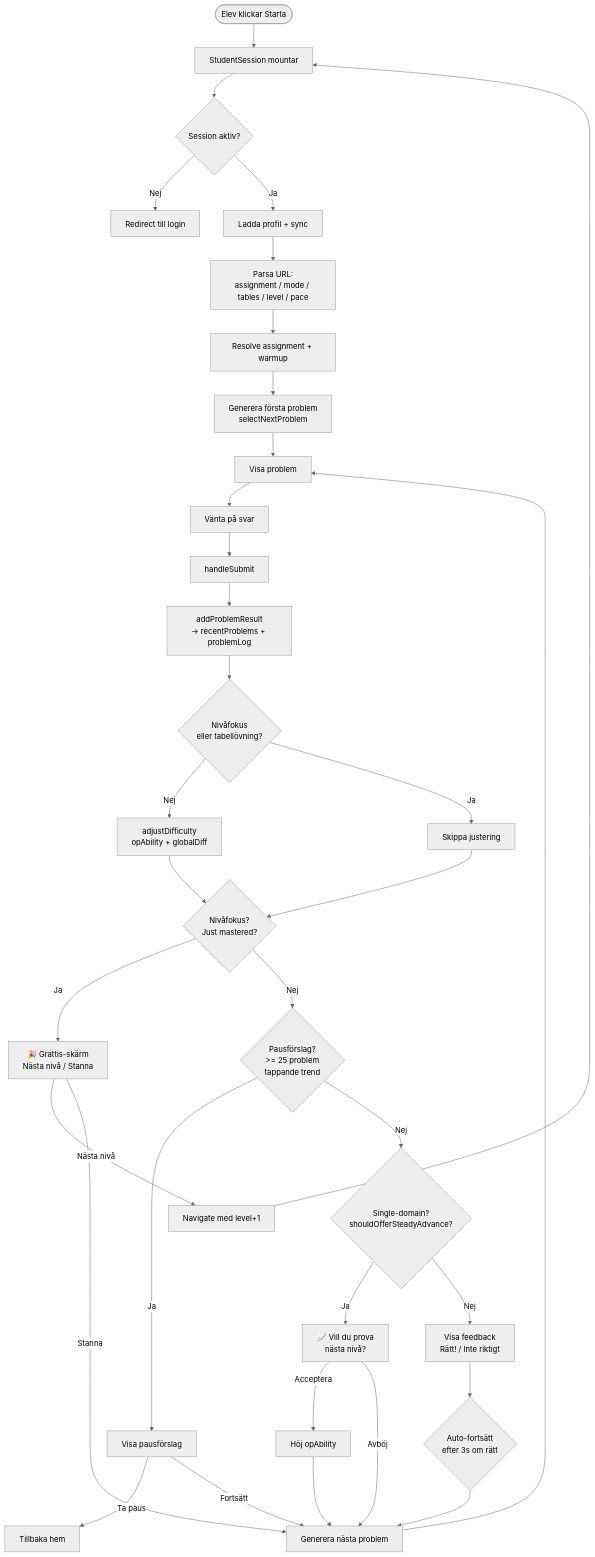
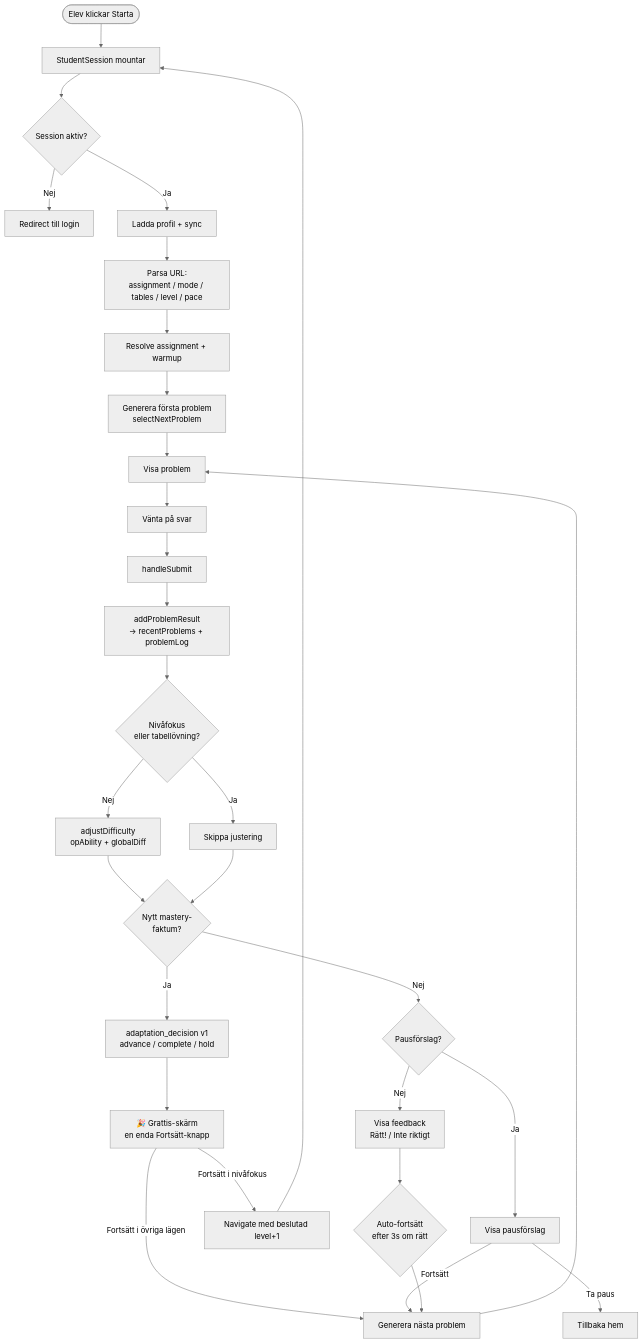
One commit to ximonse/sequential_math changed diagram 11 of 13 in docs/data-flow.md. Above: the diagram before and after it, drawn with Mermaid (neutral theme). The commit also changed other lines of this file and 28 other files, not shown here.

````diff
--- a/docs/data-flow.md
+++ b/docs/data-flow.md
@@ -498,42 +498,38 @@
 ```mermaid
 flowchart TD
     Click([Elev klickar Starta]) --> Mount[StudentSession mountar]
     Mount --> Auth{Session aktiv?}
     Auth -->|Nej| Redirect[Redirect till login]
     Auth -->|Ja| Load[Ladda profil + sync]
     Load --> ParseParams[Parsa URL:<br/>assignment / mode / tables / level / pace]
     ParseParams --> ResolveMeta[Resolve assignment + warmup]
 
     ResolveMeta --> GenFirst[Generera första problem<br/>selectNextProblem]
     GenFirst --> Display[Visa problem]
 
     Display --> Wait[Vänta på svar]
     Wait --> Submit[handleSubmit]
 
     Submit --> Record[addProblemResult<br/>→ recentProblems + problemLog]
     Record --> Adjust{Nivåfokus<br/>eller tabellövning?}
     Adjust -->|Nej| AdjustDiff[adjustDifficulty<br/>opAbility + globalDiff]
     Adjust -->|Ja| SkipAdjust[Skippa justering]
 
-    AdjustDiff & SkipAdjust --> CheckMastery{Nivåfokus?<br/>Just mastered?}
-    CheckMastery -->|Ja| Celebrate[🎉 Grattis-skärm<br/>Nästa nivå / Stanna]
-    CheckMastery -->|Nej| CheckBreak{Pausförslag?<br/>>= 25 problem<br/>tappande trend}
+    AdjustDiff & SkipAdjust --> CheckMastery{Nytt mastery-<br/>faktum?}
+    CheckMastery -->|Ja| Decide[adaptation_decision v1<br/>advance / complete / hold]
+    Decide --> Celebrate[🎉 Grattis-skärm<br/>en enda Fortsätt-knapp]
+    CheckMastery -->|Nej| CheckBreak{Pausförslag?}
     CheckBreak -->|Ja| Break[Visa pausförslag]
-    CheckBreak -->|Nej| CheckAdvance{Single-domain?<br/>shouldOfferSteadyAdvance?}
-    CheckAdvance -->|Ja| Advance[📈 Vill du prova<br/>nästa nivå?]
-    CheckAdvance -->|Nej| Feedback[Visa feedback<br/>Rätt! / Inte riktigt]
+    CheckBreak -->|Nej| Feedback[Visa feedback<br/>Rätt! / Inte riktigt]
 
-    Celebrate -->|Nästa nivå| Navigate[Navigate med level+1]
-    Celebrate -->|Stanna| GenNext
-    Advance -->|Acceptera| BumpLevel[Höj opAbility]
-    Advance -->|Avböj| GenNext
+    Celebrate -->|Fortsätt i nivåfokus| Navigate[Navigate med beslutad level+1]
+    Celebrate -->|Fortsätt i övriga lägen| GenNext
     Break -->|Ta paus| Home[Tillbaka hem]
     Break -->|Fortsätt| GenNext
 
-    BumpLevel --> GenNext
     Feedback --> AutoCont{Auto-fortsätt<br/>efter 3s om rätt}
     AutoCont --> GenNext[Generera nästa problem]
     GenNext --> Display
 
     Navigate --> Mount
 ```
````
